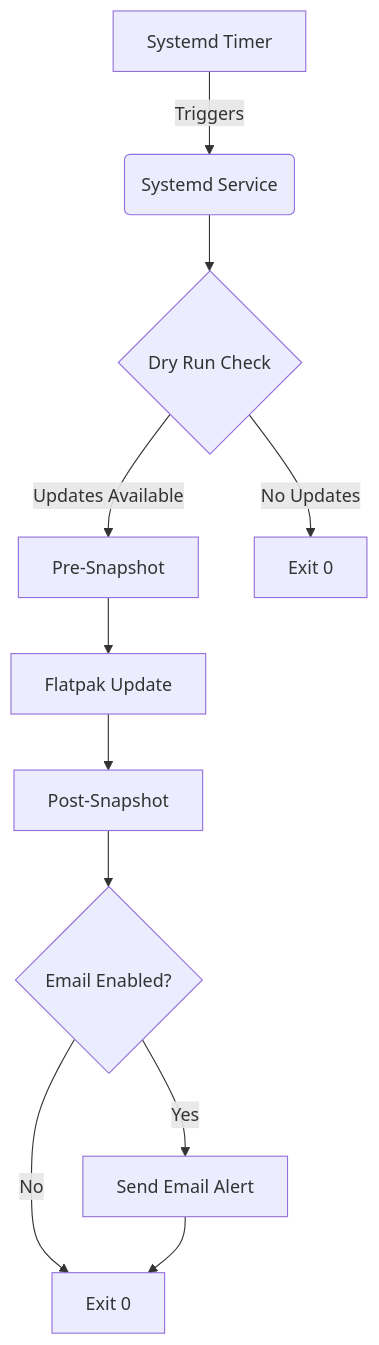
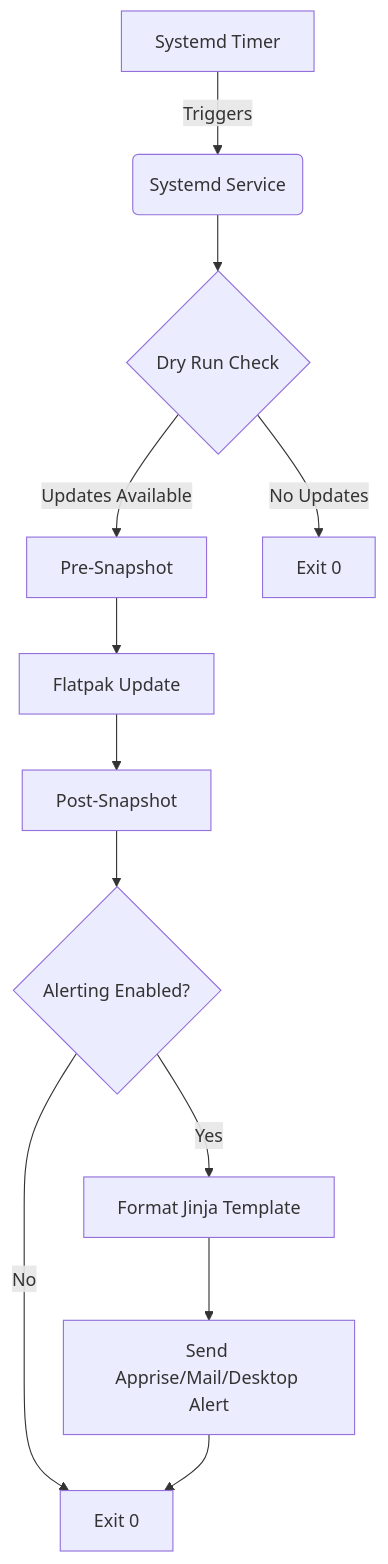
The diagram in AGENTS.md (fedoraBee/flatpak-automatic), drawn with Mermaid before and after one commit. The commit also changed other lines of this file and 2 other files, not shown here.

Commit message:
docs: update technical manifest and improve desktop launcher UX

````diff
--- a/AGENTS.md
+++ b/AGENTS.md
@@ -156,13 +153,14 @@
 ```mermaid
 graph TD
     A[Systemd Timer] -->|Triggers| B(Systemd Service)
     B --> C{Dry Run Check}
     C -->|Updates Available| D[Pre-Snapshot]
     C -->|No Updates| Z[Exit 0]
     D --> E[Flatpak Update]
     E --> F[Post-Snapshot]
-    F --> G{Email Enabled?}
-    G -->|Yes| H[Send Email Alert]
-    G -->|No| I[Exit 0]
-    H --> I
+    F --> G{Alerting Enabled?}
+    G -->|Yes| H[Format Jinja Template]
+    H --> I[Send Apprise/Mail/Desktop Alert]
+    G -->|No| J[Exit 0]
+    I --> J
 ```
````
